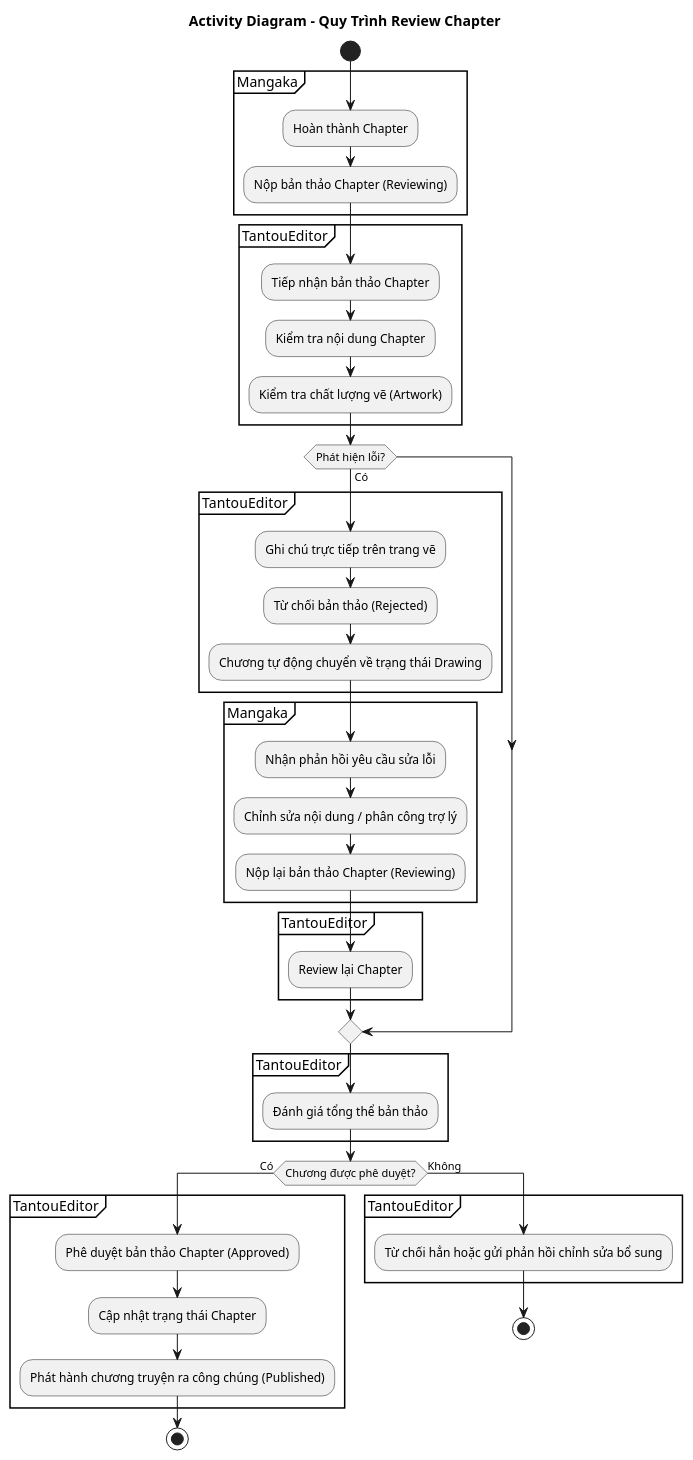
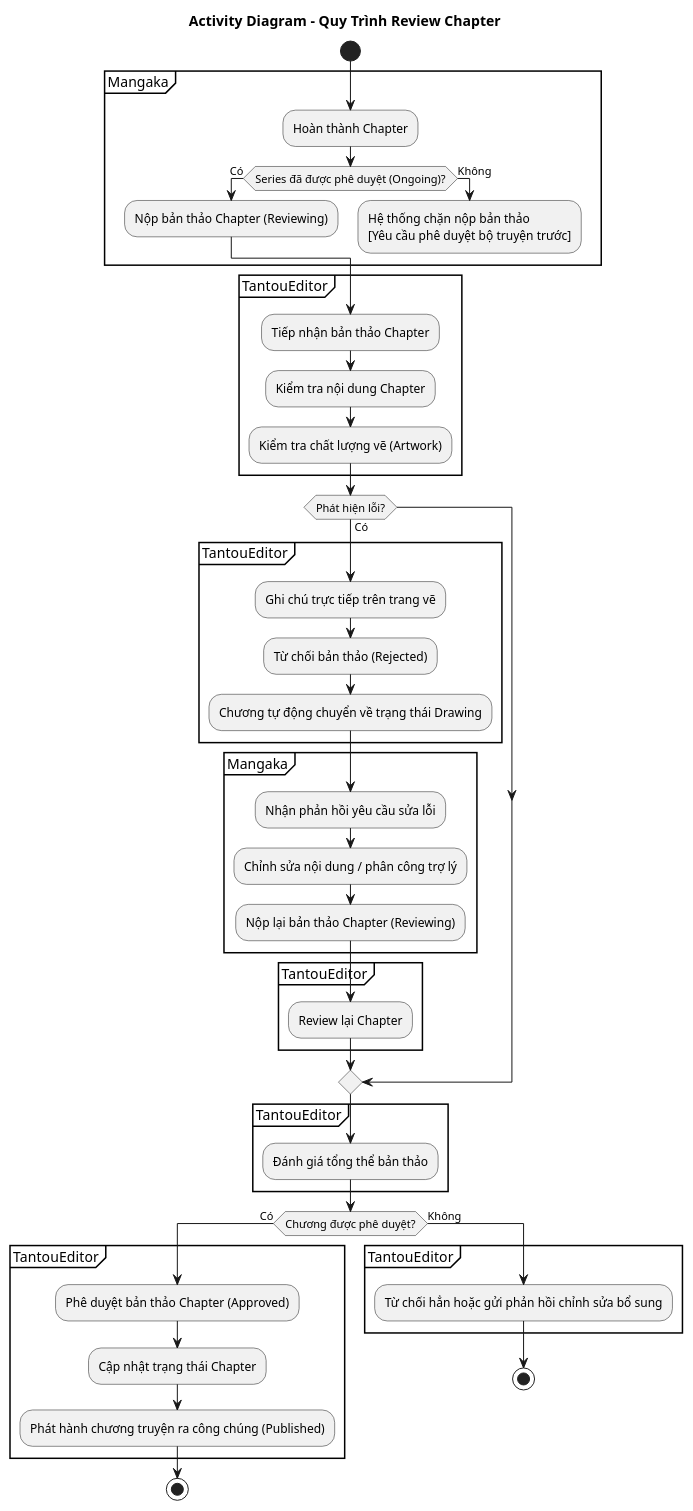
One commit to trongtan0079/Manga-publishing-management-system changed the diagram in UML/Activity_Diagram_quy trình_Review_Chapter.puml. Above: the diagram before and after it, drawn with PlantUML. The commit also changed 11 other files, not shown here.

Commit message:
Docs: Cập nhật đồng bộ sơ đồ UML (ERD, Class, Sequence) và các tài liệu thiết kế (Database_design, MVC) khớp với thực tế mã nguồn

```diff
--- a/UML/Activity_Diagram_quy trình_Review_Chapter.puml
+++ b/UML/Activity_Diagram_quy trình_Review_Chapter.puml
@@ -1,56 +1,61 @@
 @startuml
 title Activity Diagram - Quy Trình Review Chapter
 
 skinparam backgroundColor white
 skinparam shadowing false
 skinparam linetype ortho
 skinparam activityDiamondOrientation vertical
 
 start
 
 partition Mangaka {
   :Hoàn thành Chapter;
-  :Nộp bản thảo Chapter (Reviewing);
+  if (Series đã được phê duyệt (Ongoing)?) then (Có)
+    :Nộp bản thảo Chapter (Reviewing);
+  else (Không)
+    :Hệ thống chặn nộp bản thảo\n[Yêu cầu phê duyệt bộ truyện trước];
+    detach
+  endif
 }
 
 partition TantouEditor {
   :Tiếp nhận bản thảo Chapter;
   :Kiểm tra nội dung Chapter;
   :Kiểm tra chất lượng vẽ (Artwork);
 }
 
 if (Phát hiện lỗi?) then (Có)
   partition TantouEditor {
     :Ghi chú trực tiếp trên trang vẽ;
     :Từ chối bản thảo (Rejected);
     :Chương tự động chuyển về trạng thái Drawing;
   }
   partition Mangaka {
     :Nhận phản hồi yêu cầu sửa lỗi;
     :Chỉnh sửa nội dung / phân công trợ lý;
     :Nộp lại bản thảo Chapter (Reviewing);
   }
   partition TantouEditor {
     :Review lại Chapter;
   }
 endif
 
 partition TantouEditor {
   :Đánh giá tổng thể bản thảo;
 }
 
 if (Chương được phê duyệt?) then (Có)
   partition TantouEditor {
     :Phê duyệt bản thảo Chapter (Approved);
     :Cập nhật trạng thái Chapter;
     :Phát hành chương truyện ra công chúng (Published);
   }
   stop
 else (Không)
   partition TantouEditor {
     :Từ chối hẳn hoặc gửi phản hồi chỉnh sửa bổ sung;
   }
   stop
 endif
 
 @enduml
```
